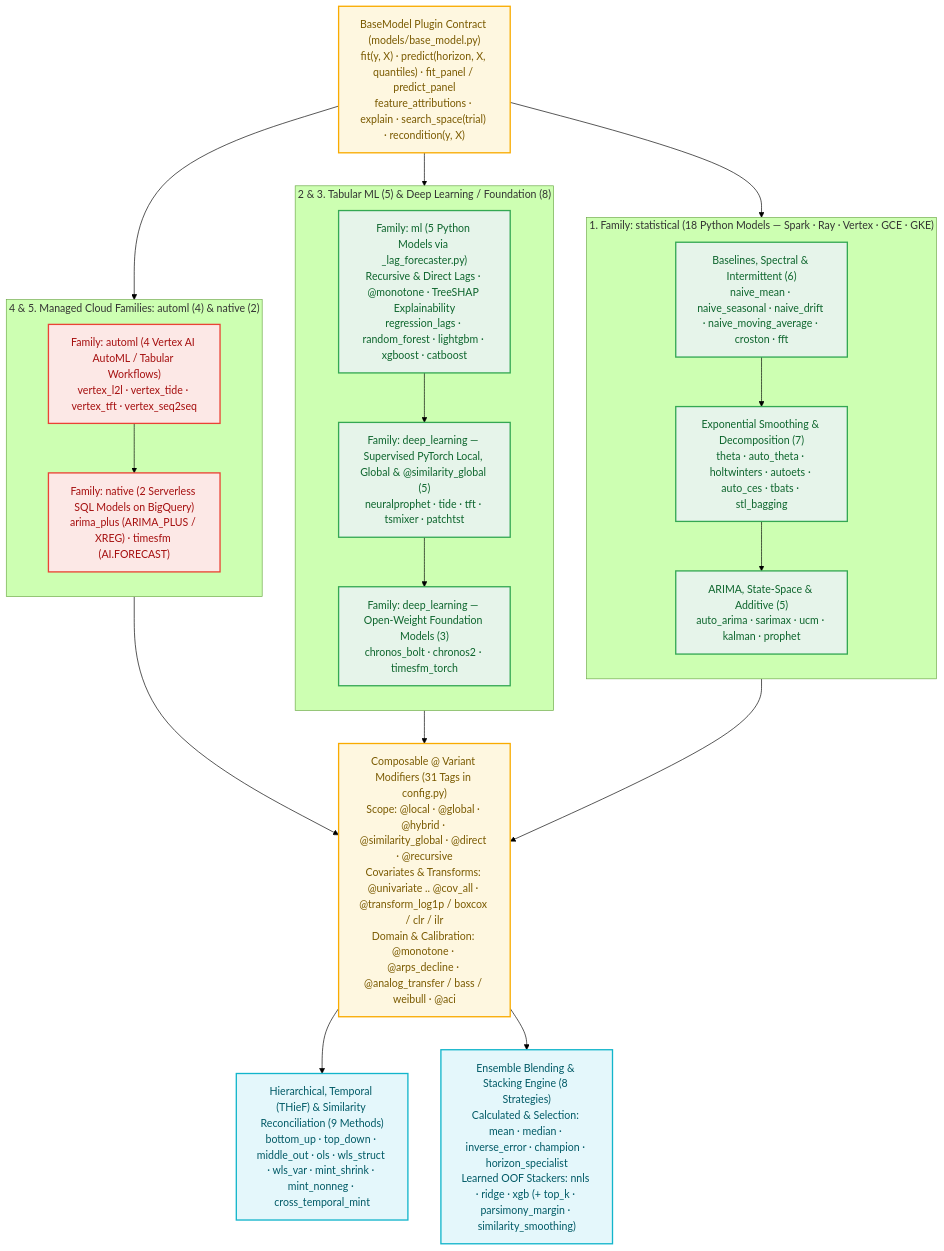
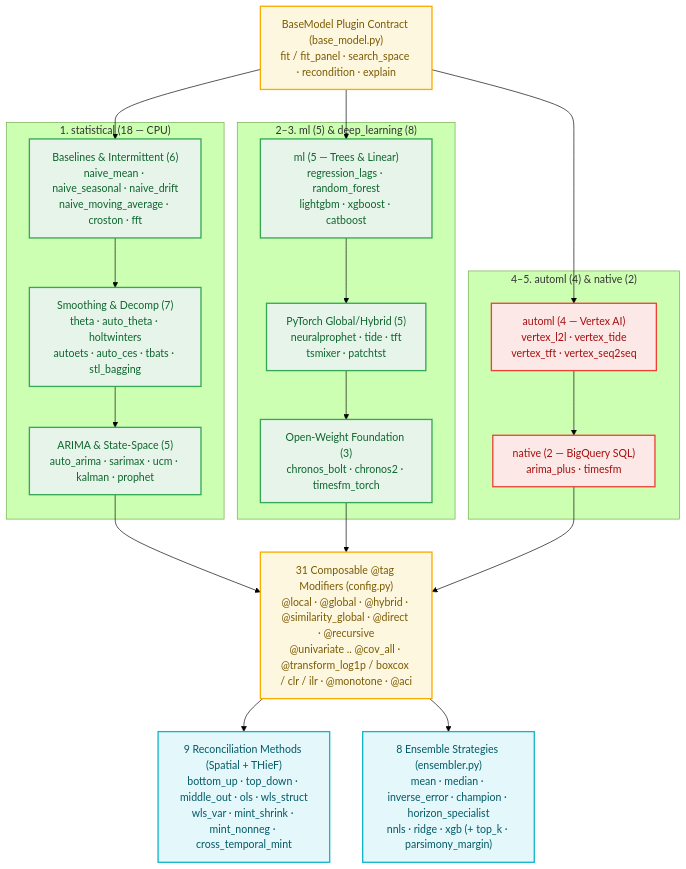
One commit to statmike/scale-forecasting changed the first of 2 diagrams in docs/models_reference.md. Above: the diagram before and after it, drawn with Mermaid (forest theme). The commit also changed 14 other files, not shown here.

Commit message:
docs(mermaid): reconfigure wide diagrams to vertical TD layout with concise labels

````diff
--- a/docs/models_reference.md
+++ b/docs/models_reference.md
@@ -7,43 +7,40 @@
 ```mermaid
 flowchart TD
-    Base["BaseModel Plugin Contract (models/base_model.py)<br/>fit(y, X) · predict(horizon, X, quantiles) · fit_panel / predict_panel<br/>feature_attributions · explain · search_space(trial) · recondition(y, X)"]
+    Base["BaseModel Plugin Contract (base_model.py)<br/>fit / fit_panel · search_space · recondition · explain"]
 
-    subgraph Stat["1. Family: statistical (18 Python Models — Spark · Ray · Vertex · GCE · GKE)"]
-        direction TB
-        S1["Baselines, Spectral & Intermittent (6)<br/>naive_mean · naive_seasonal · naive_drift · naive_moving_average · croston · fft"]
-        S2["Exponential Smoothing & Decomposition (7)<br/>theta · auto_theta · holtwinters · autoets · auto_ces · tbats · stl_bagging"]
-        S3["ARIMA, State-Space & Additive (5)<br/>auto_arima · sarimax · ucm · kalman · prophet"]
+    subgraph Stat["1. statistical (18 — CPU)"]
+        S1["Baselines & Intermittent (6)<br/>naive_mean · naive_seasonal · naive_drift<br/>naive_moving_average · croston · fft"]
+        S2["Smoothing & Decomp (7)<br/>theta · auto_theta · holtwinters<br/>autoets · auto_ces · tbats · stl_bagging"]
+        S3["ARIMA & State-Space (5)<br/>auto_arima · sarimax · ucm · kalman · prophet"]
         S1 --> S2 --> S3
     end
 
-    subgraph ML_DL["2 & 3. Tabular ML (5) & Deep Learning / Foundation (8)"]
-        direction TB
-        M1["Family: ml (5 Python Models via _lag_forecaster.py)<br/>Recursive & Direct Lags · @monotone · TreeSHAP Explainability<br/>regression_lags · random_forest · lightgbm · xgboost · catboost"]
-        D1["Family: deep_learning — Supervised PyTorch Local, Global & @similarity_global (5)<br/>neuralprophet · tide · tft · tsmixer · patchtst"]
-        D2["Family: deep_learning — Open-Weight Foundation Models (3)<br/>chronos_bolt · chronos2 · timesfm_torch"]
+    subgraph ML_DL["2–3. ml (5) & deep_learning (8)"]
+        M1["ml (5 — Trees & Linear)<br/>regression_lags · random_forest<br/>lightgbm · xgboost · catboost"]
+        D1["PyTorch Global/Hybrid (5)<br/>neuralprophet · tide · tft<br/>tsmixer · patchtst"]
+        D2["Open-Weight Foundation (3)<br/>chronos_bolt · chronos2 · timesfm_torch"]
         M1 --> D1 --> D2
     end
 
-    subgraph Managed["4 & 5. Managed Cloud Families: automl (4) & native (2)"]
-        direction TB
-        A1["Family: automl (4 Vertex AI AutoML / Tabular Workflows)<br/>vertex_l2l · vertex_tide · vertex_tft · vertex_seq2seq"]
-        N1["Family: native (2 Serverless SQL Models on BigQuery)<br/>arima_plus (ARIMA_PLUS / XREG) · timesfm (AI.FORECAST)"]
+    subgraph Managed["4–5. automl (4) & native (2)"]
+        A1["automl (4 — Vertex AI)<br/>vertex_l2l · vertex_tide<br/>vertex_tft · vertex_seq2seq"]
+        N1["native (2 — BigQuery SQL)<br/>arima_plus · timesfm"]
         A1 --> N1
     end
 
-    Tags["Composable <model>@<tag> Variant Modifiers (31 Tags in config.py)<br/>Scope: @local · @global · @hybrid · @similarity_global · @direct · @recursive<br/>Covariates & Transforms: @univariate .. @cov_all · @transform_log1p / boxcox / clr / ilr<br/>Domain & Calibration: @monotone · @arps_decline · @analog_transfer / bass / weibull · @aci"]
-    Rec["Hierarchical, Temporal (THieF) & Similarity Reconciliation (9 Methods)<br/>bottom_up · top_down · middle_out · ols · wls_struct · wls_var · mint_shrink · mint_nonneg · cross_temporal_mint"]
-    Ens["Ensemble Blending & Stacking Engine (8 Strategies)<br/>Calculated & Selection: mean · median · inverse_error · champion · horizon_specialist<br/>Learned OOF Stackers: nnls · ridge · xgb (+ top_k · parsimony_margin · similarity_smoothing)"]
+    Tags["31 Composable @tag Modifiers (config.py)<br/>@local · @global · @hybrid · @similarity_global · @direct · @recursive<br/>@univariate .. @cov_all · @transform_log1p / boxcox / clr / ilr · @monotone · @aci"]
+    Rec["9 Reconciliation Methods (Spatial + THieF)<br/>bottom_up · top_down · middle_out · ols · wls_struct<br/>wls_var · mint_shrink · mint_nonneg · cross_temporal_mint"]
+    Ens["8 Ensemble Strategies (ensembler.py)<br/>mean · median · inverse_error · champion · horizon_specialist<br/>nnls · ridge · xgb (+ top_k · parsimony_margin)"]
 
     Base --> S1 & M1 & A1
     S3 & D2 & N1 --> Tags --> Rec & Ens
 
     classDef config fill:#FEF7E0,stroke:#F9AB00,stroke-width:2px,color:#7A5A00
     classDef route fill:#FCE8E6,stroke:#EA4335,stroke-width:2px,color:#A50E0E
     classDef compute fill:#E6F4EA,stroke:#34A853,stroke-width:2px,color:#0D652D
     classDef decision fill:#E4F7FB,stroke:#12B5CB,stroke-width:2px,color:#005A66
     class Base,Tags config
     class A1,N1 route
     class S1,S2,S3,M1,D1,D2 compute
     class Rec,Ens decision
 ```
````
